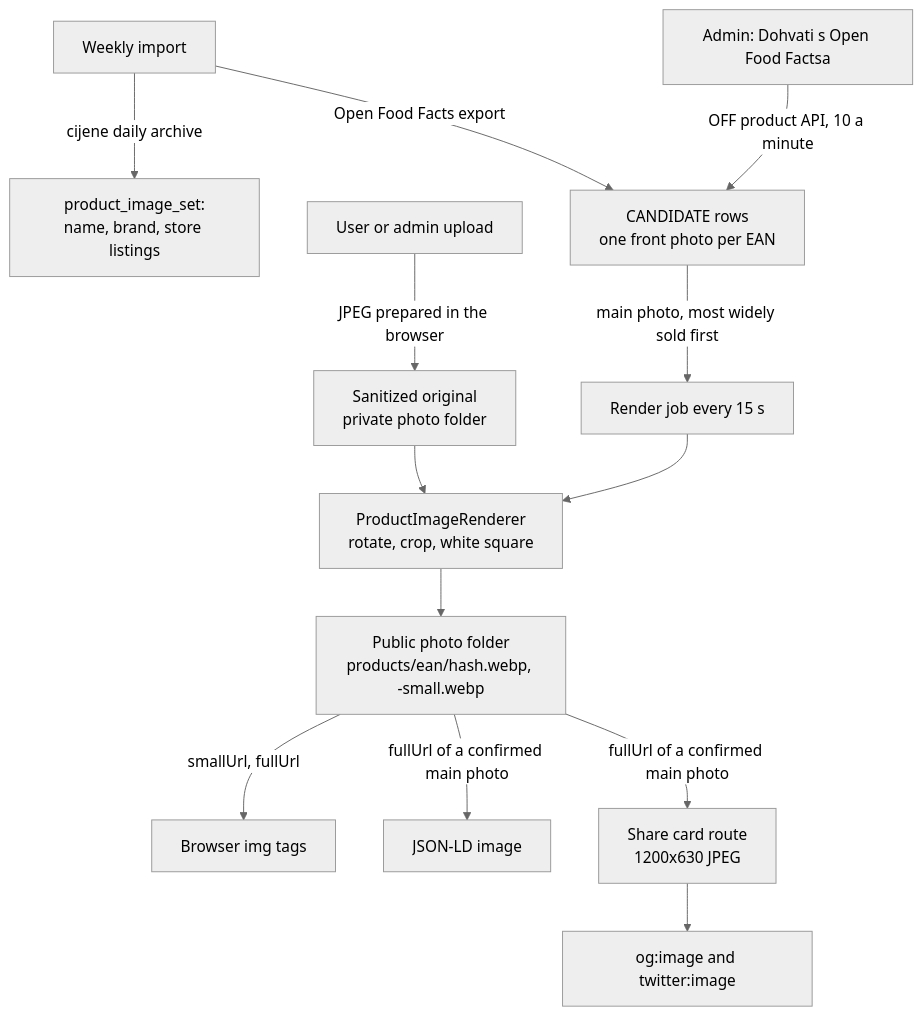
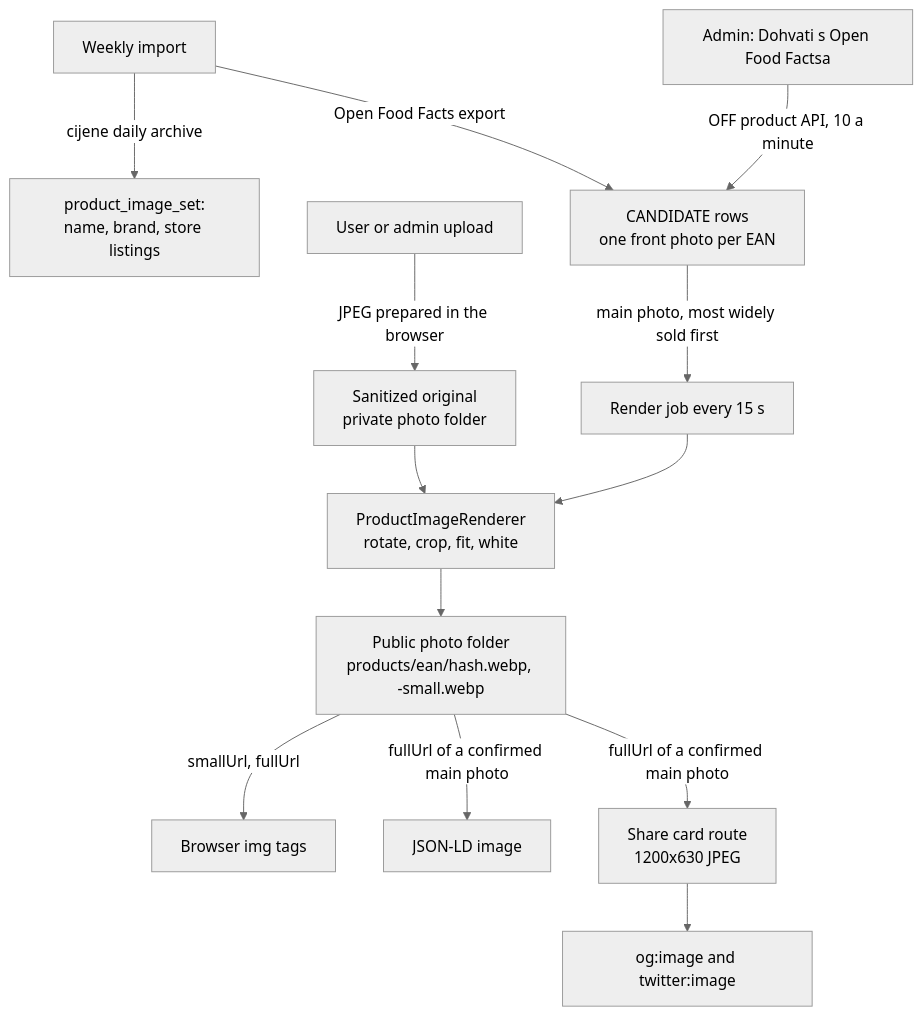
Before and after one commit to OffCrazyFreak/Disscount: the first of 2 diagrams in docs/PRODUCT-IMAGES.md, drawn with Mermaid (neutral theme). The commit also changed other lines of this file and 1 other file, not shown here.

First line of the commit message:
docs(products): Correct the zoom limit and the remaining square file wording

````diff
--- a/docs/PRODUCT-IMAGES.md
+++ b/docs/PRODUCT-IMAGES.md
@@ -28,15 +28,15 @@
 ```mermaid
 flowchart TD
     W[Weekly import] -->|cijene daily archive| S[product_image_set:<br/>name, brand, store listings]
     W -->|Open Food Facts export| C[CANDIDATE rows<br/>one front photo per EAN]
     A[Admin: Dohvati s Open Food Factsa] -->|OFF product API, 10 a minute| C
     U[User or admin upload] -->|JPEG prepared in the browser| O[Sanitized original<br/>private photo folder]
     O --> R
     C -->|main photo, most widely sold first| J[Render job every 15 s]
-    J --> R[ProductImageRenderer<br/>rotate, crop, white square]
+    J --> R[ProductImageRenderer<br/>rotate, crop, fit, white]
     R --> P["Public photo folder<br/>products/ean/hash.webp, -small.webp"]
     P -->|smallUrl, fullUrl| B[Browser img tags]
     P -->|fullUrl of a confirmed main photo| LD[JSON-LD image]
     P -->|fullUrl of a confirmed main photo| CARD["Share card route<br/>1200x630 JPEG"]
     CARD --> SEO[og:image and twitter:image]
 ```
````
